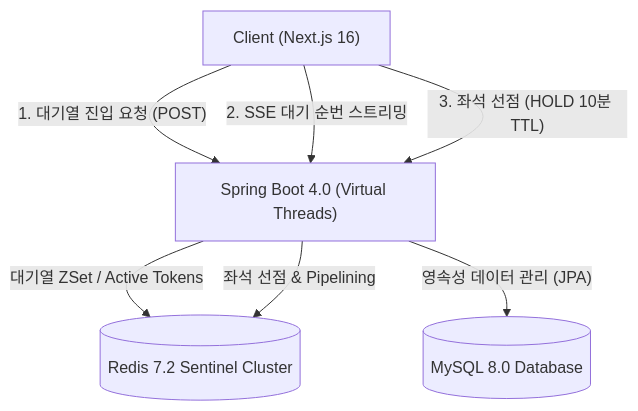
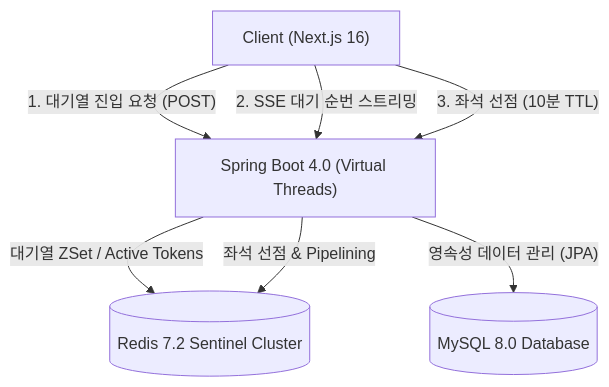
Before and after one commit to prgrms-be-devcourse/NBE10-12-3-Team02: the diagram in README.md, drawn with Mermaid. The commit also changed other lines of this file, not shown here.

Commit message:
docs: README.md Mermaid 3번 라벨 한 줄 정렬 라벨 수정 (#93)

````diff
--- a/README.md
+++ b/README.md
@@ -53,15 +53,15 @@
 ```mermaid
 graph TD
     Client["Client (Next.js 16)"]
     Backend["Spring Boot 4.0 (Virtual Threads)"]
     Redis[("Redis 7.2 Sentinel Cluster")]
     DB[("MySQL 8.0 Database")]
 
     Client -- "1. 대기열 진입 요청 (POST)" --> Backend
     Client -- "2. SSE 대기 순번 스트리밍" --> Backend
-    Client -- "3. 좌석 선점 (HOLD 10분 TTL)" --> Backend
+    Client -- "3. 좌석 선점 (10분 TTL)" --> Backend
 
     Backend -- "대기열 ZSet / Active Tokens" --> Redis
     Backend -- "좌석 선점 & Pipelining" --> Redis
     Backend -- "영속성 데이터 관리 (JPA)" --> DB
 ```
````
